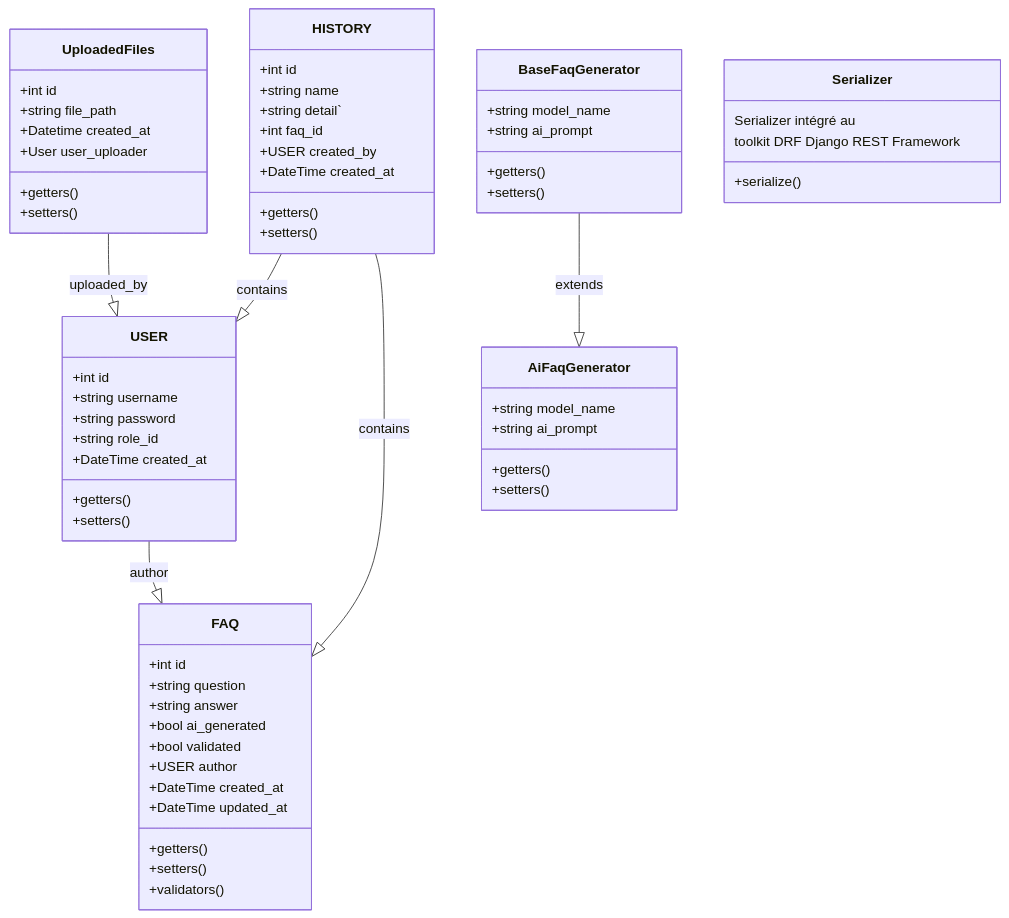
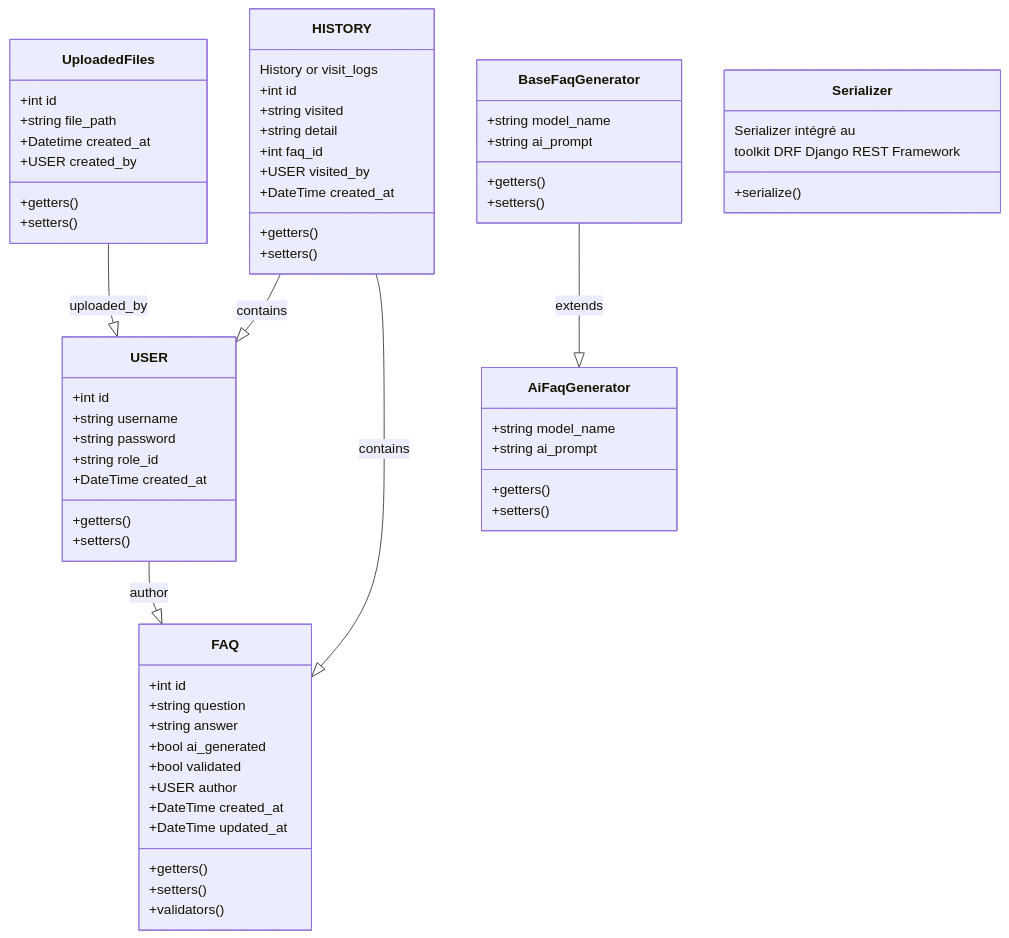
One commit to JoyousUser/Faq_Rag_Pdf changed the diagram in schema.mmd. Above: the diagram before and after it, drawn with Mermaid.

Commit message:
file(schema): class diagram mermaid file

```diff
--- a/schema.mmd
+++ b/schema.mmd
@@ -1,74 +1,74 @@
 classDiagram
     HISTORY --|> USER : contains
     USER --|> FAQ : author
     UploadedFiles --|> USER : uploaded_by
     HISTORY --|> FAQ : contains
     BaseFaqGenerator --|> AiFaqGenerator : extends
     class USER {
         +int id
         +string username
         +string password
         +string role_id
         +DateTime created_at
 
         +getters()
         +setters()
     }
     class HISTORY {
-        %% Logs
+        History or visit_logs
         +int id
-        +string name
-        +string detail`
+        +string visited
+        +string detail
         +int faq_id
-        +USER created_by
+        +USER visited_by
         +DateTime created_at
 
         +getters()
         +setters()
     }
     class FAQ {
         +int id
         +string question
         +string answer
         +bool ai_generated
         +bool validated
         +USER author
         +DateTime created_at
         +DateTime updated_at
 
         +getters()
         +setters()
         +validators()
     }
     class UploadedFiles{
         +int id
         +string file_path
         +Datetime created_at
-        +User user_uploader
+        +USER created_by
 
         +getters()
         +setters()
     }
     
     class Serializer{
         Serializer intégré au 
         toolkit DRF Django REST Framework
         +serialize() 
     }
 
     class BaseFaqGenerator{
         +string model_name
         +string ai_prompt
         
         
         +getters()
         +setters()
     }
 
     class AiFaqGenerator{
         +string model_name
         +string ai_prompt
 
         +getters()
         +setters()
     }
```
